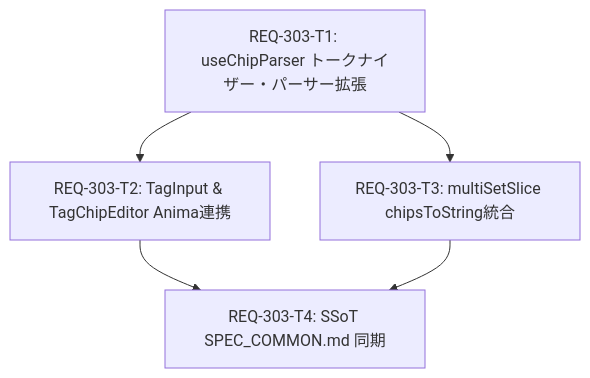
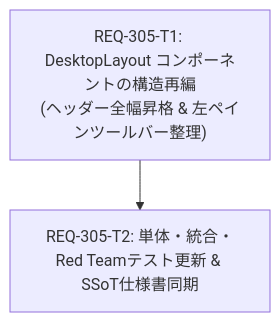
One commit to TAKE4548/comfy-create-helper2 changed the diagram in implementation_plan.md. Above: the diagram before and after it, drawn with Mermaid. The commit also changed other lines of this file and 9 other files, not shown here.

````diff
--- a/implementation_plan.md
+++ b/implementation_plan.md
@@ -64,7 +52,7 @@
 ```mermaid
 graph TD
-  REQ-303-T1["REQ-303-T1: useChipParser トークナイザー・パーサー拡張"] --> REQ-303-T2["REQ-303-T2: TagInput & TagChipEditor Anima連携"]
-  REQ-303-T1 --> REQ-303-T3["REQ-303-T3: multiSetSlice chipsToString統合"]
-  REQ-303-T2 --> REQ-303-T4["REQ-303-T4: SSoT SPEC_COMMON.md 同期"]
-  REQ-303-T3 --> REQ-303-T4
+    REQ-305-T1["REQ-305-T1: DesktopLayout コンポーネントの構造再編<br/>(ヘッダー全幅昇格 & 左ペインツールバー整理)"]
+    REQ-305-T2["REQ-305-T2: 単体・統合・Red Teamテスト更新 & SSoT仕様書同期"]
+
+    REQ-305-T1 --> REQ-305-T2
 ```
````
